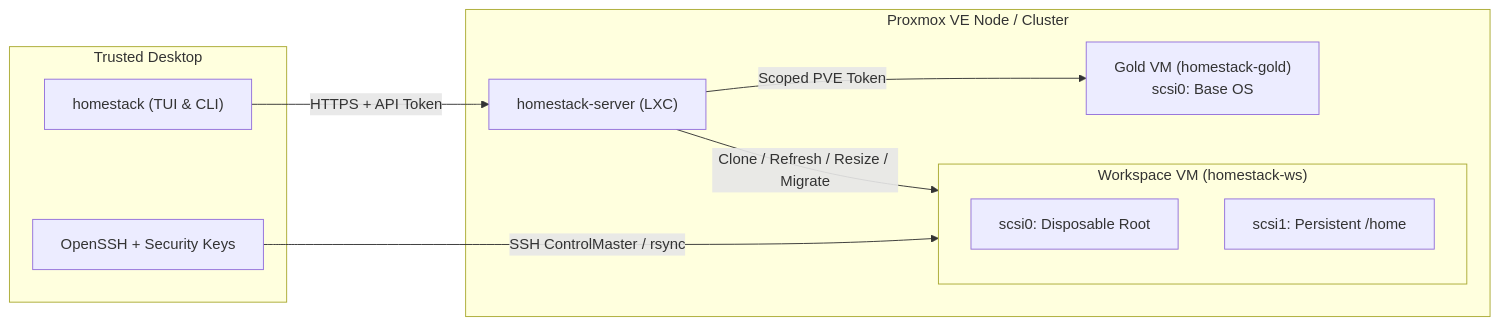
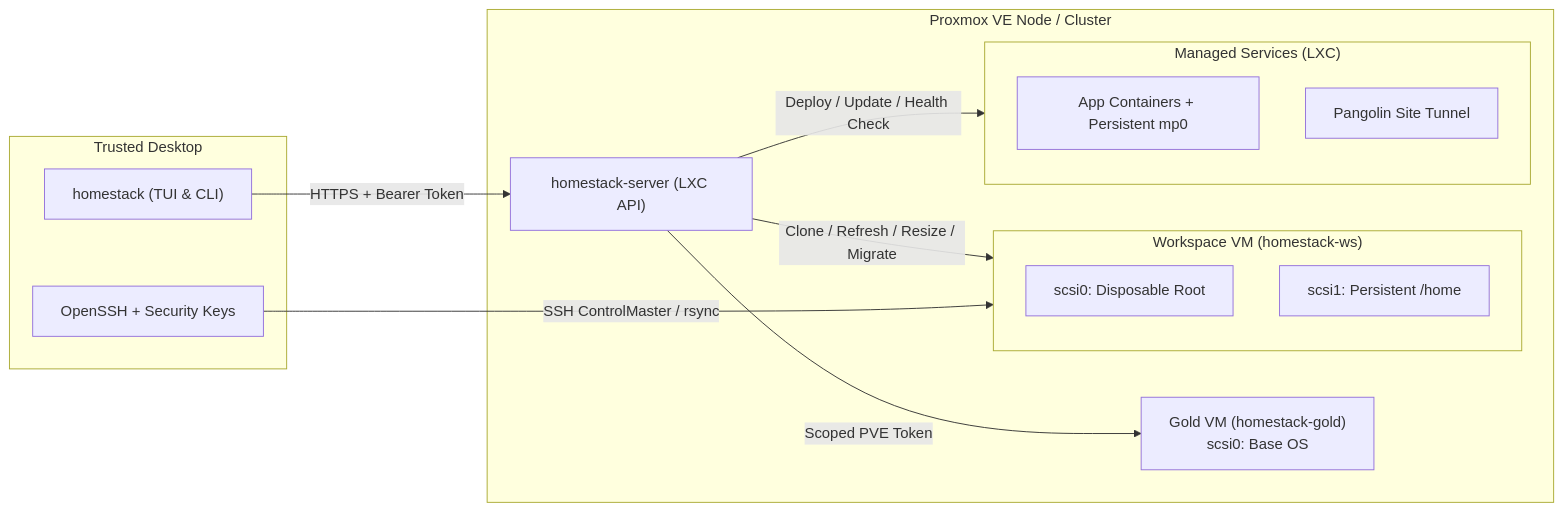
One commit to hipotures/homestack changed the diagram in README.md. Above: the diagram before and after it, drawn with Mermaid. The commit also changed other lines of this file, not shown here.

````diff
--- a/README.md
+++ b/README.md
@@ -23,21 +24,26 @@
 ```mermaid
 flowchart LR
     subgraph Desktop["Trusted Desktop"]
         CLI["homestack (TUI & CLI)"]
         SSH["OpenSSH + Security Keys"]
     end
 
     subgraph Cluster["Proxmox VE Node / Cluster"]
-        API["homestack-server (LXC)"]
+        API["homestack-server (LXC API)"]
         Gold["Gold VM (homestack-gold)\nscsi0: Base OS"]
         subgraph WS["Workspace VM (homestack-ws)"]
             Root["scsi0: Disposable Root"]
             Home["scsi1: Persistent /home"]
         end
+        subgraph Svc["Managed Services (LXC)"]
+            Apps["App Containers + Persistent mp0"]
+            Pangolin["Pangolin Site Tunnel"]
+        end
     end
 
-    CLI -- "HTTPS + API Token" --> API
+    CLI -- "HTTPS + Bearer Token" --> API
     API -- "Scoped PVE Token" --> Gold
     API -- "Clone / Refresh / Resize / Migrate" --> WS
+    API -- "Deploy / Update / Health Check" --> Svc
     SSH -- "SSH ControlMaster / rsync" --> WS
 ```
````
